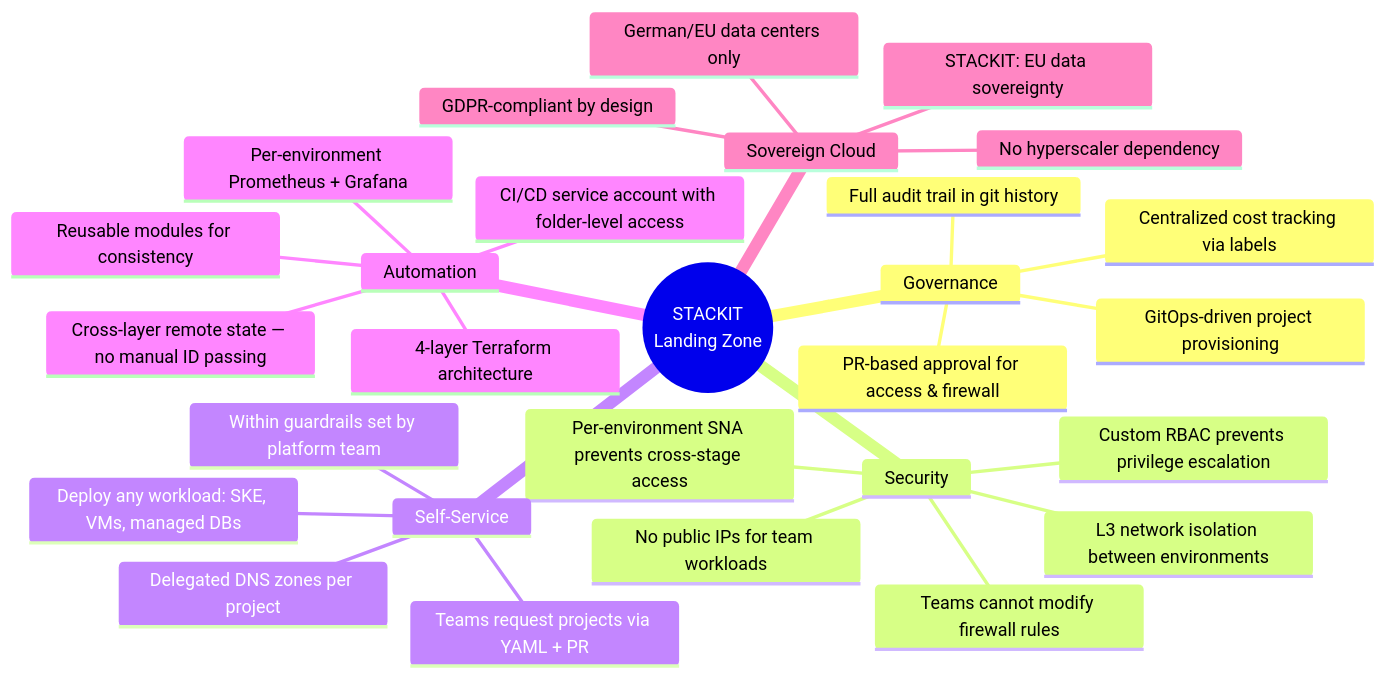
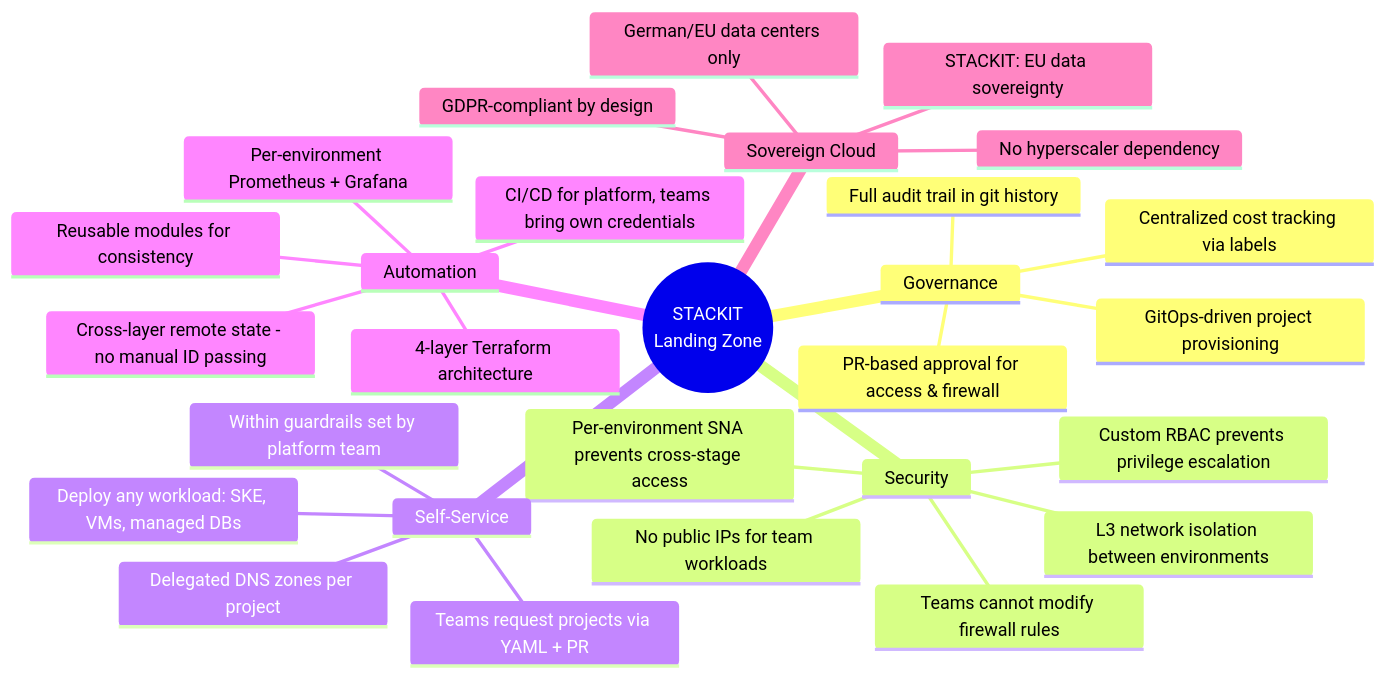
One commit to Liquid-Reply/stackit-landingzone changed diagram 12 of 12 in docs/architecture.md. Above: the diagram before and after it, drawn with Mermaid. The commit also changed other lines of this file and 40 other files, not shown here.

````diff
--- a/docs/architecture.md
+++ b/docs/architecture.md
@@ -524,31 +524,31 @@
 ```mermaid
 mindmap
     root((STACKIT<br/>Landing Zone))
         Governance
             GitOps-driven project provisioning
             PR-based approval for access & firewall
             Full audit trail in git history
             Centralized cost tracking via labels
         Security
             L3 network isolation between environments
             Per-environment SNA prevents cross-stage access
             Custom RBAC prevents privilege escalation
             No public IPs for team workloads
             Teams cannot modify firewall rules
         Self-Service
             Teams request projects via YAML + PR
             Delegated DNS zones per project
             Deploy any workload: SKE, VMs, managed DBs
             Within guardrails set by platform team
         Automation
             4-layer Terraform architecture
             Reusable modules for consistency
-            CI/CD service account with folder-level access
-            Cross-layer remote state — no manual ID passing
+            CI/CD for platform, teams bring own credentials
+            Cross-layer remote state - no manual ID passing
             Per-environment Prometheus + Grafana
         Sovereign Cloud
             STACKIT: EU data sovereignty
             No hyperscaler dependency
             GDPR-compliant by design
             German/EU data centers only
 ```
````
